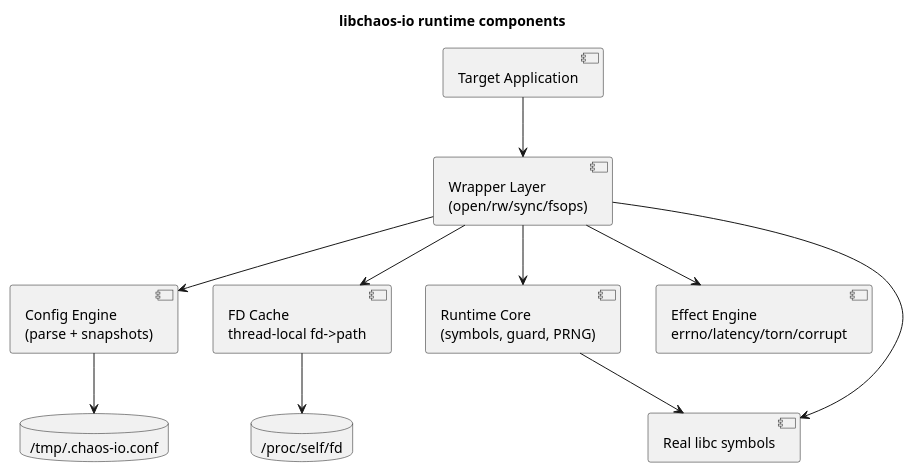
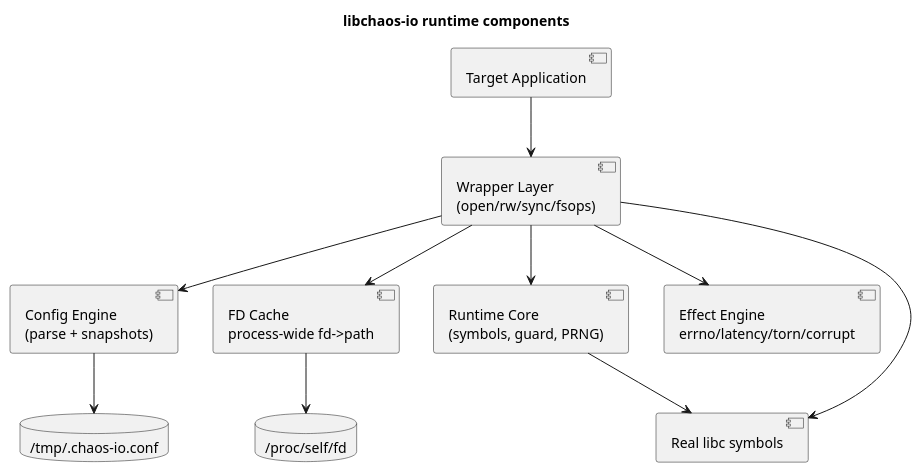
Before and after one commit to macstab/macstab-chaos-testing-libraries: the first of 4 diagrams in docs/IO.md, drawn with PlantUML. The commit also changed other lines of this file and 6 other files, not shown here.

Commit message:
docs: describe shared descriptor calls, socket close faults and the process-wide fd cache

````diff
--- a/docs/IO.md
+++ b/docs/IO.md
@@ -315,25 +318,25 @@
 ```plantuml
 @startuml
 title libchaos-io runtime components
 
 component "Target Application" as App
 component "Wrapper Layer\n(open/rw/sync/fsops)" as Wrappers
 component "Runtime Core\n(symbols, guard, PRNG)" as Core
 component "Config Engine\n(parse + snapshots)" as Config
-component "FD Cache\nthread-local fd->path" as Cache
+component "FD Cache\nprocess-wide fd->path" as Cache
 component "Effect Engine\nerrno/latency/torn/corrupt" as Effects
 component "Real libc symbols" as Libc
 database "/tmp/.chaos-io.conf" as ConfigFile
 database "/proc/self/fd" as ProcFd
 
 App --> Wrappers
 Wrappers --> Core
 Wrappers --> Config
 Wrappers --> Cache
 Wrappers --> Effects
 Wrappers --> Libc
 Config --> ConfigFile
 Cache --> ProcFd
 Core --> Libc
 @enduml
 ```
````
